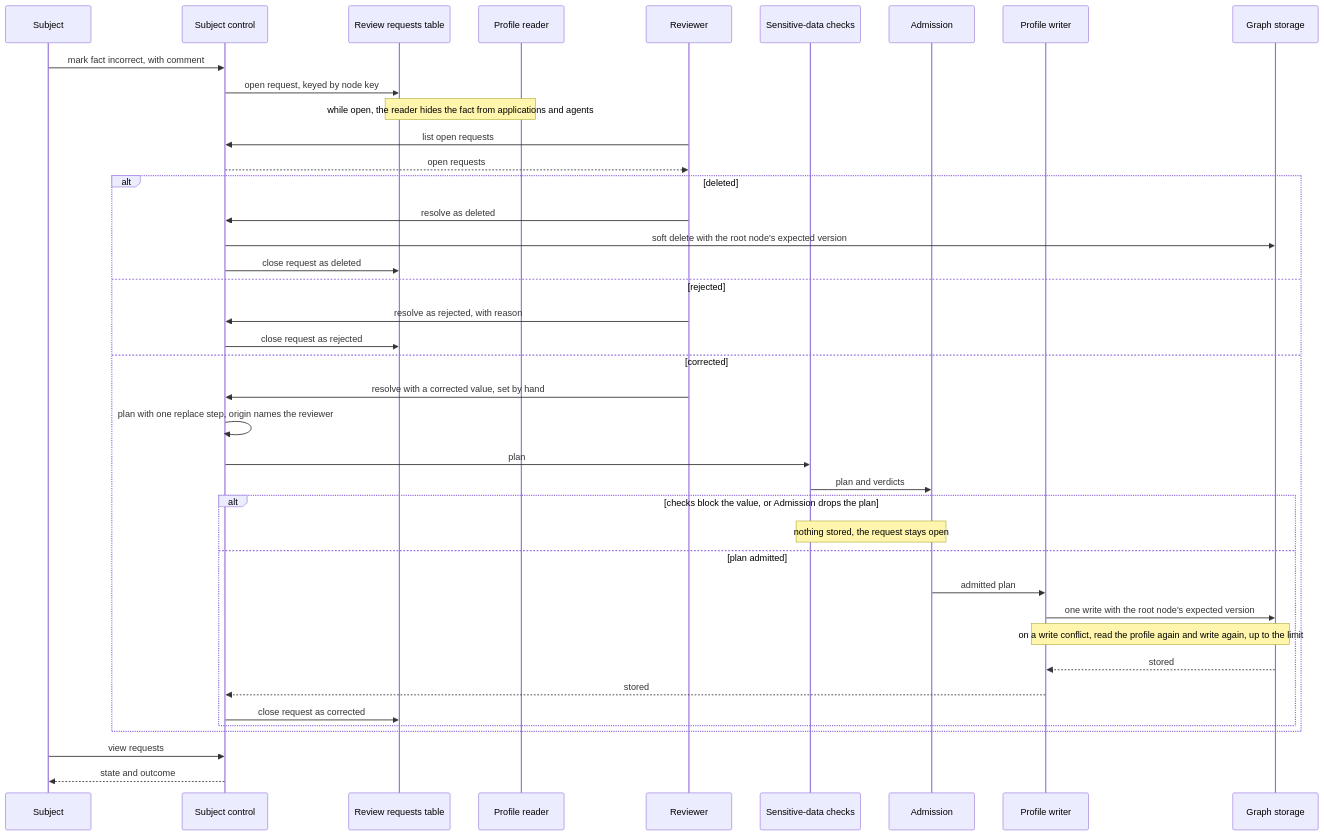
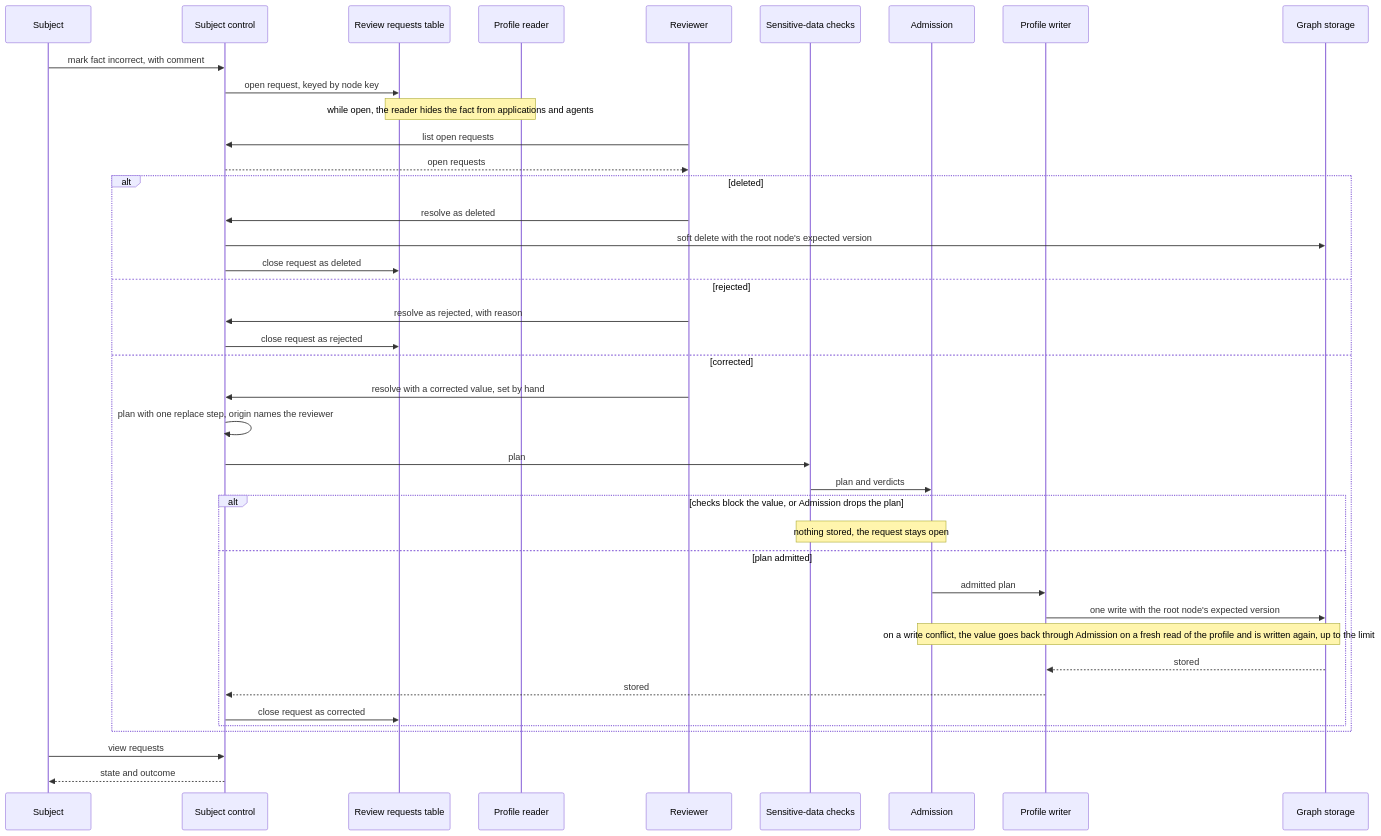
Before and after one commit to AndIConstructor/gears-rust: the seventh of 9 diagrams in gears/construct/docs/DESIGN.md, drawn with Mermaid. The commit also changed other lines of this file, not shown here.

First line of the commit message:
docs(construct): recheck Admission on a rewrite and keep audit events on tenant exit

````diff
--- a/gears/construct/docs/DESIGN.md
+++ b/gears/construct/docs/DESIGN.md
@@ -876,42 +876,42 @@
 ```mermaid
 sequenceDiagram
     participant SU as Subject
     participant SC as Subject control
     participant T as Review requests table
     participant PR as Profile reader
     participant RV as Reviewer
     participant SD as Sensitive-data checks
     participant AD as Admission
     participant PW as Profile writer
     participant GS as Graph storage
     SU->>SC: mark fact incorrect, with comment
     SC->>T: open request, keyed by node key
     Note over PR,T: while open, the reader hides the fact from applications and agents
     RV->>SC: list open requests
     SC-->>RV: open requests
     alt deleted
         RV->>SC: resolve as deleted
         SC->>GS: soft delete with the root node's expected version
         SC->>T: close request as deleted
     else rejected
         RV->>SC: resolve as rejected, with reason
         SC->>T: close request as rejected
     else corrected
         RV->>SC: resolve with a corrected value, set by hand
         SC->>SC: plan with one replace step, origin names the reviewer
         SC->>SD: plan
         SD->>AD: plan and verdicts
         alt checks block the value, or Admission drops the plan
             Note over SD,AD: nothing stored, the request stays open
         else plan admitted
             AD->>PW: admitted plan
             PW->>GS: one write with the root node's expected version
-            Note over PW,GS: on a write conflict, read the profile again and write again, up to the limit
+            Note over AD,GS: on a write conflict, the value goes back through Admission on a fresh read of the profile and is written again, up to the limit
             GS-->>PW: stored
             PW-->>SC: stored
             SC->>T: close request as corrected
         end
     end
     SU->>SC: view requests
     SC-->>SU: state and outcome
 ```
````
